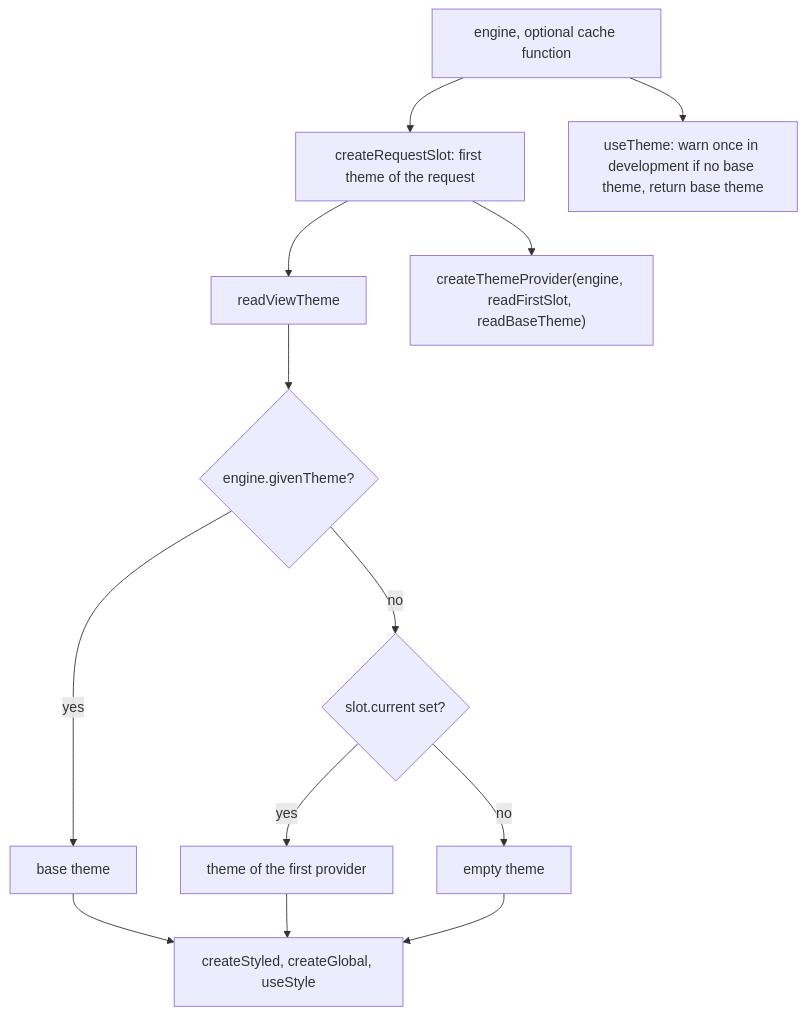
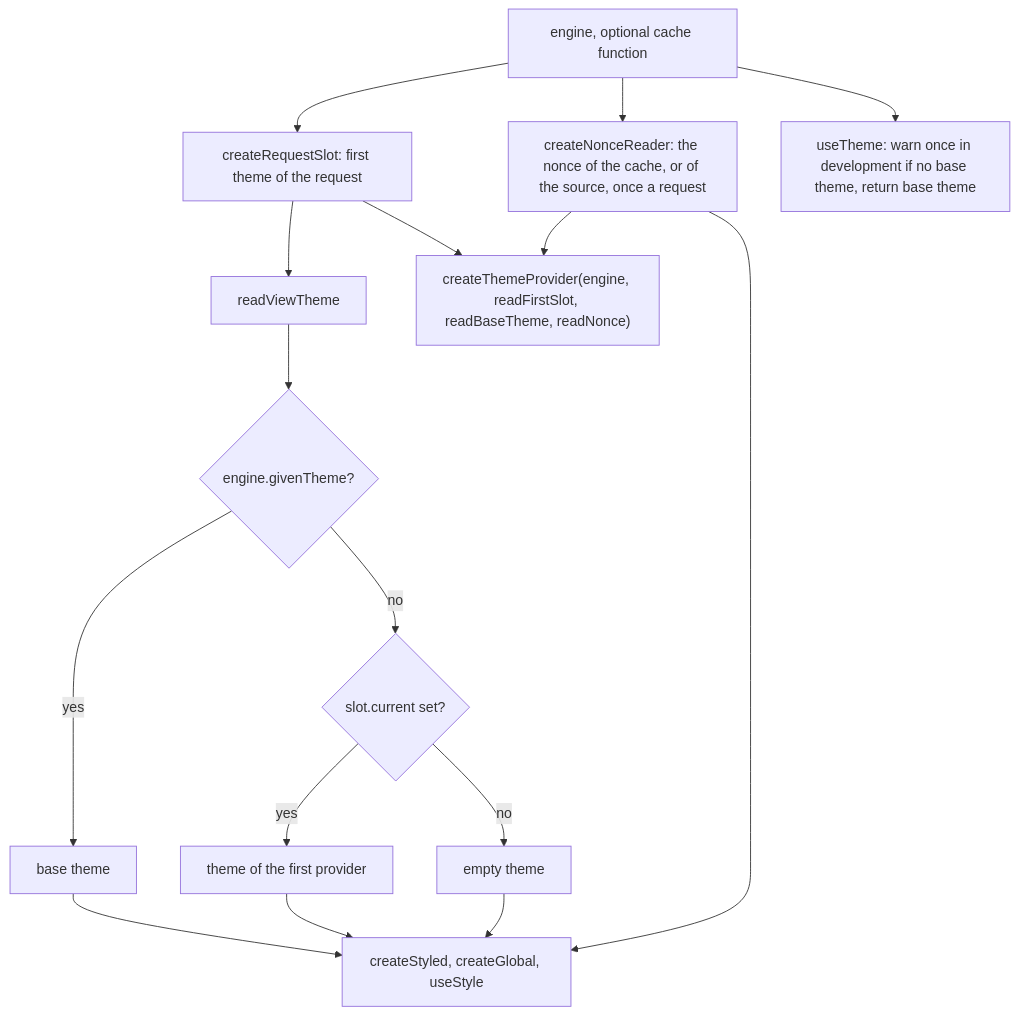
One commit to soroush-tech/umber-style changed the diagram in packages/react/src/createStyle.server.md. Above: the diagram before and after it, drawn with Mermaid. The commit also changed other lines of this file and 124 other files, not shown here.

Commit message:
feat: a theme is recognised by its contents, server components take a nonce for each request, class names are read and written whole, three development checks, and the benchmark tools at soroush-bench 2.3.0 and bench-action 1.2.0 - close #61, close #62, close #63, close #64, close #65

````diff
--- a/packages/react/src/createStyle.server.md
+++ b/packages/react/src/createStyle.server.md
@@ -22,15 +25,18 @@
 ```mermaid
 flowchart TD
   engine["engine, optional cache function"] --> slot["createRequestSlot: first theme of the request"]
   slot --> viewTheme["readViewTheme"]
   viewTheme --> base{"engine.givenTheme?"}
   base -->|yes| useBase["base theme"]
   base -->|no| first{"slot.current set?"}
   first -->|yes| useFirst["theme of the first provider"]
   first -->|no| empty["empty theme"]
   useBase --> parts["createStyled, createGlobal, useStyle"]
   useFirst --> parts
   empty --> parts
-  slot --> provider["createThemeProvider(engine, readFirstSlot, readBaseTheme)"]
+  slot --> provider["createThemeProvider(engine, readFirstSlot, readBaseTheme, readNonce)"]
+  engine --> nonce["createNonceReader: the nonce of the cache, or of the source, once a request"]
+  nonce --> parts
+  nonce --> provider
   engine --> useTheme["useTheme: warn once in development if no base theme, return base theme"]
 ```
````
